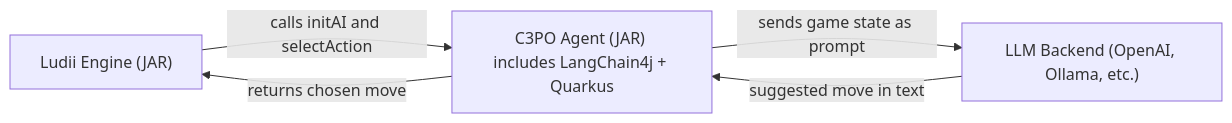
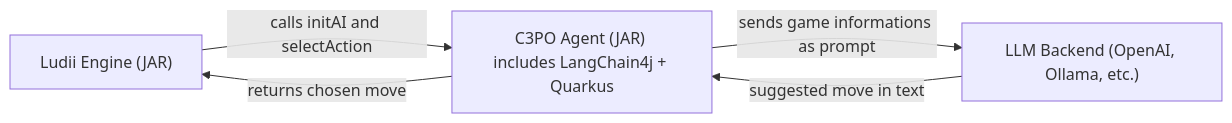
The diagram in README.md (chiar0/C3PO), drawn with Mermaid before and after one commit.

`````diff
--- a/README.md
+++ b/README.md
@@ -15,12 +15,12 @@
 ```mermaid
 flowchart LR
   LUDII["Ludii Engine (JAR)"]
   C3PO["C3PO Agent (JAR) includes LangChain4j + Quarkus"]
   LLM["LLM Backend (OpenAI, Ollama, etc.)"]
 
   LUDII -->|calls initAI and selectAction| C3PO
   C3PO -->|returns chosen move| LUDII
 
-  C3PO -->|sends game state as prompt| LLM
+  C3PO -->|sends game informations as prompt| LLM
   LLM -->|suggested move in text| C3PO
 ````
`````
